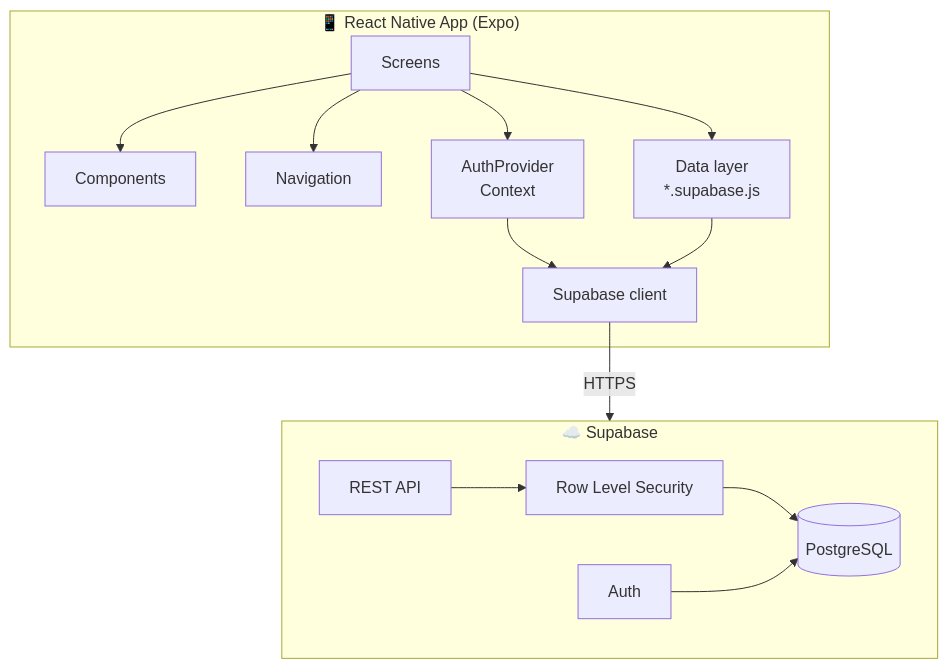
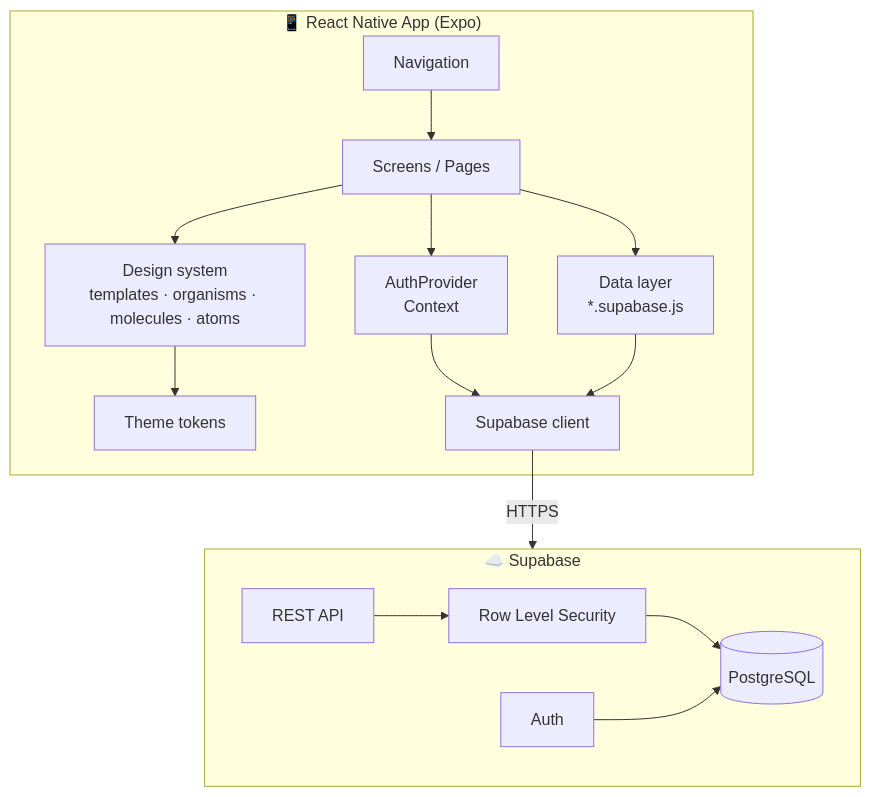
Before and after one commit to JesusAbarcaRodriguez/ComuniApp: the first of 2 diagrams in README.md, drawn with Mermaid. The commit also changed other lines of this file, not shown here.

First line of the commit message:
Document the Atomic Design architecture in the README

````diff
--- a/README.md
+++ b/README.md
@@ -97,22 +98,23 @@
 ```mermaid
 flowchart TD
     subgraph App["📱 React Native App (Expo)"]
-        S[Screens] --> C[Components]
-        S --> N[Navigation]
+        N[Navigation] --> S[Screens / Pages]
+        S --> C[Design system<br/>templates · organisms · molecules · atoms]
+        C --> T[Theme tokens]
         S --> A[AuthProvider<br/>Context]
         S --> D[Data layer<br/>*.supabase.js]
         A --> L[Supabase client]
         D --> L
     end
 
     L -- HTTPS --> SB
 
     subgraph SB["☁️ Supabase"]
         AU[Auth]
         API[REST API]
         DB[(PostgreSQL)]
         RLS[Row Level Security]
         API --> RLS --> DB
         AU --> DB
     end
 ```
````
